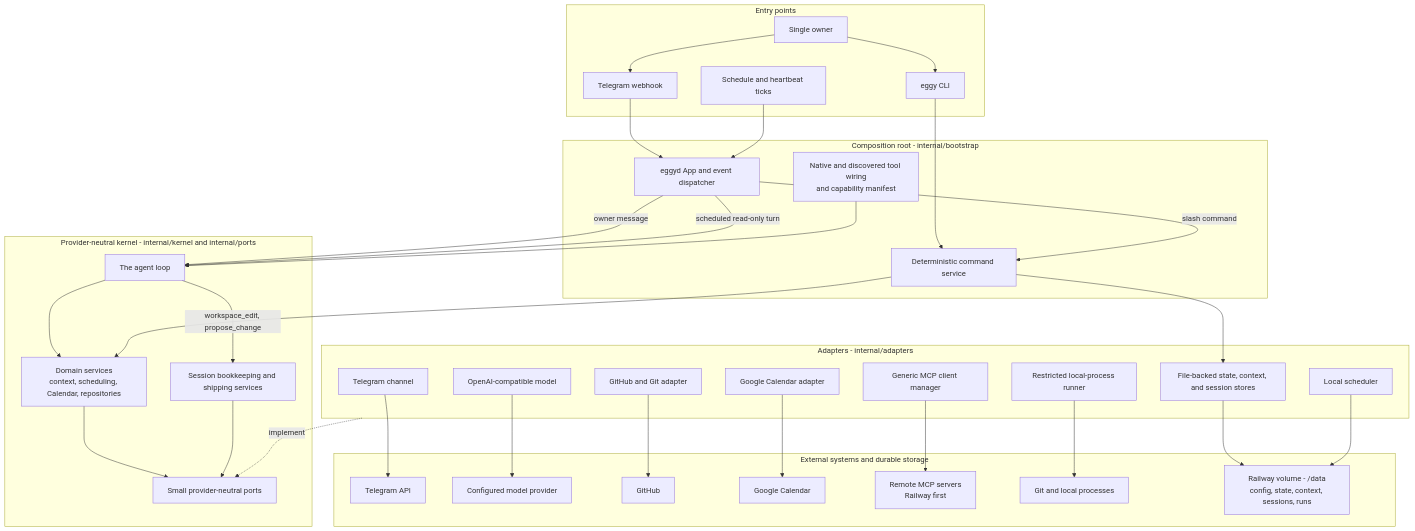
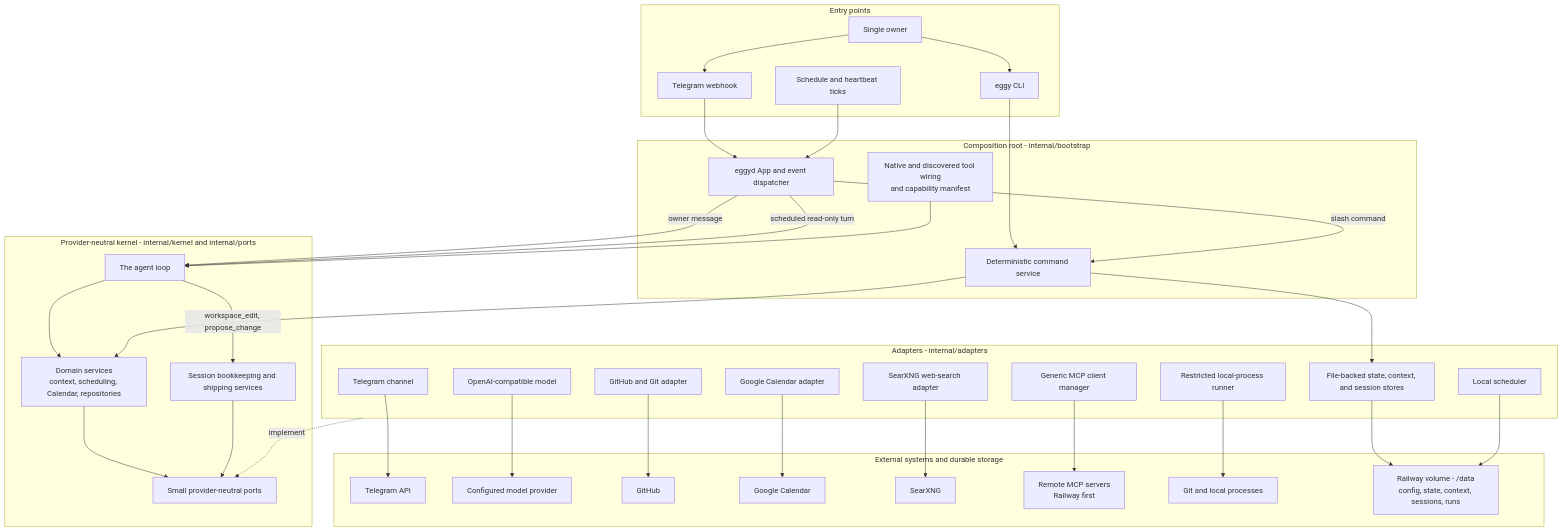
One commit to nigelteosw/eggy changed the diagram in docs/ARCHITECTURE.md. Above: the diagram before and after it, drawn with Mermaid. The commit also changed other lines of this file and 3 other files, not shown here.

Commit message:
docs: explain optional SearXNG web search

````diff
--- a/docs/ARCHITECTURE.md
+++ b/docs/ARCHITECTURE.md
@@ -24,73 +24,76 @@
 ```mermaid
 flowchart TB
     subgraph entry[Entry points]
         owner[Single owner]
         telegram[Telegram webhook]
         cli[eggy CLI]
         clock[Schedule and heartbeat ticks]
 
         owner --> telegram
         owner --> cli
     end
 
     subgraph composition[Composition root - internal/bootstrap]
         daemon[eggyd App and event dispatcher]
         commands[Deterministic command service]
         registry[Native and discovered tool wiring<br/>and capability manifest]
     end
 
     telegram --> daemon
     clock --> daemon
     cli --> commands
     daemon -->|slash command| commands
 
     subgraph kernel[Provider-neutral kernel - internal/kernel and internal/ports]
         outer[The agent loop]
         services[Domain services<br/>context, scheduling, Calendar, repositories]
         coding[Session bookkeeping and shipping services]
         ports[Small provider-neutral ports]
 
         outer --> services
         outer -->|workspace_edit, propose_change| coding
         services --> ports
         coding --> ports
     end
 
     daemon -->|owner message| outer
     daemon -->|scheduled read-only turn| outer
     commands --> services
     registry --> outer
 
     subgraph adapters[Adapters - internal/adapters]
         channelAdapter[Telegram channel]
         modelAdapter[OpenAI-compatible model]
         repositoryAdapter[GitHub and Git adapter]
         runnerAdapter[Restricted local-process runner]
         calendarAdapter[Google Calendar adapter]
+        searchAdapter[SearXNG web-search adapter]
         mcpAdapter[Generic MCP client manager]
         stores[File-backed state, context, and session stores]
         schedulerAdapter[Local scheduler]
     end
 
     adapters -. implement .-> ports
     commands --> stores
 
     subgraph systems[External systems and durable storage]
         telegramAPI[Telegram API]
         modelAPI[Configured model provider]
         github[GitHub]
         google[Google Calendar]
+        searxng[SearXNG]
         mcpServers[Remote MCP servers<br/>Railway first]
         process[Git and local processes]
         data[Railway volume - /data<br/>config, state, context, sessions, runs]
     end
 
     channelAdapter --> telegramAPI
     modelAdapter --> modelAPI
     repositoryAdapter --> github
     runnerAdapter --> process
     calendarAdapter --> google
+    searchAdapter --> searxng
     mcpAdapter --> mcpServers
     stores --> data
     schedulerAdapter --> data
 ```
````
